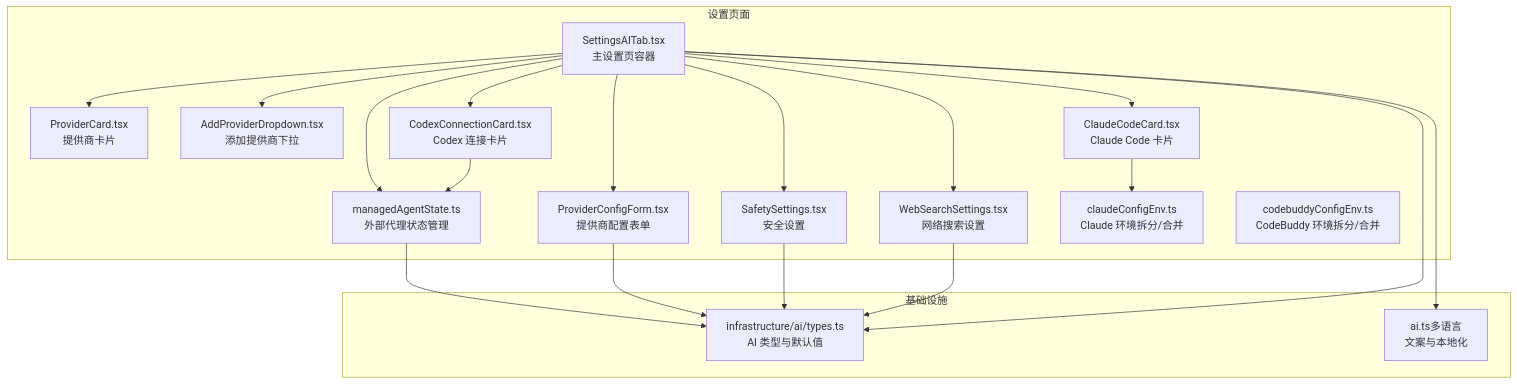
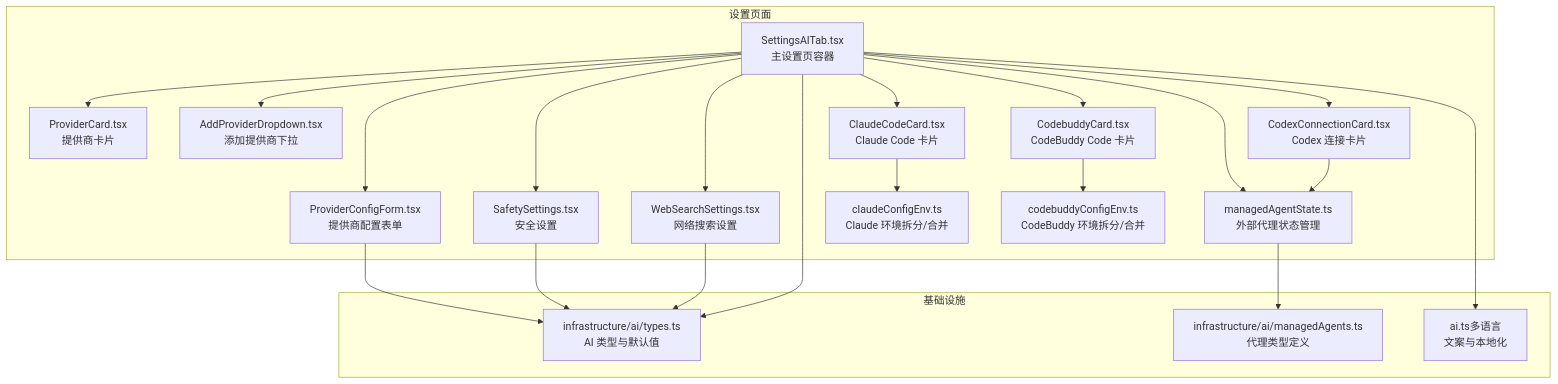
One commit to szeiyou/Netcatty changed the first of 5 diagrams in .qoder/repowiki/zh/content/用户指南/设置和配置/AI设置.md. Above: the diagram before and after it, drawn with Mermaid. The commit also changed other lines of this file and 8 other files, not shown here.

````diff
--- a/.qoder/repowiki/zh/content/用户指南/设置和配置/AI设置.md
+++ b/.qoder/repowiki/zh/content/用户指南/设置和配置/AI设置.md
@@ -47,36 +49,40 @@
 ```mermaid
 graph TB
 subgraph "设置页面"
 A["SettingsAITab.tsx<br/>主设置页容器"]
 B["ProviderCard.tsx<br/>提供商卡片"]
 C["ProviderConfigForm.tsx<br/>提供商配置表单"]
 D["AddProviderDropdown.tsx<br/>添加提供商下拉"]
 E["SafetySettings.tsx<br/>安全设置"]
 F["WebSearchSettings.tsx<br/>网络搜索设置"]
 G["ClaudeCodeCard.tsx<br/>Claude Code 卡片"]
 H["CodexConnectionCard.tsx<br/>Codex 连接卡片"]
 I["managedAgentState.ts<br/>外部代理状态管理"]
 J["claudeConfigEnv.ts<br/>Claude 环境拆分/合并"]
 K["codebuddyConfigEnv.ts<br/>CodeBuddy 环境拆分/合并"]
+L["CodebuddyCard.tsx<br/>CodeBuddy Code 卡片"]
 end
 subgraph "基础设施"
-L["infrastructure/ai/types.ts<br/>AI 类型与默认值"]
-M["ai.ts多语言<br/>文案与本地化"]
+M["infrastructure/ai/types.ts<br/>AI 类型与默认值"]
+N["infrastructure/ai/managedAgents.ts<br/>代理类型定义"]
+O["ai.ts多语言<br/>文案与本地化"]
 end
 A --> B
 A --> C
 A --> D
 A --> E
 A --> F
 A --> G
 A --> H
 A --> I
+A --> L
 G --> J
 H --> I
-I --> L
-C --> L
-E --> L
-F --> L
-A --> L
+I --> N
+L --> K
+C --> M
+E --> M
+F --> M
 A --> M
+A --> O
 ```
````
